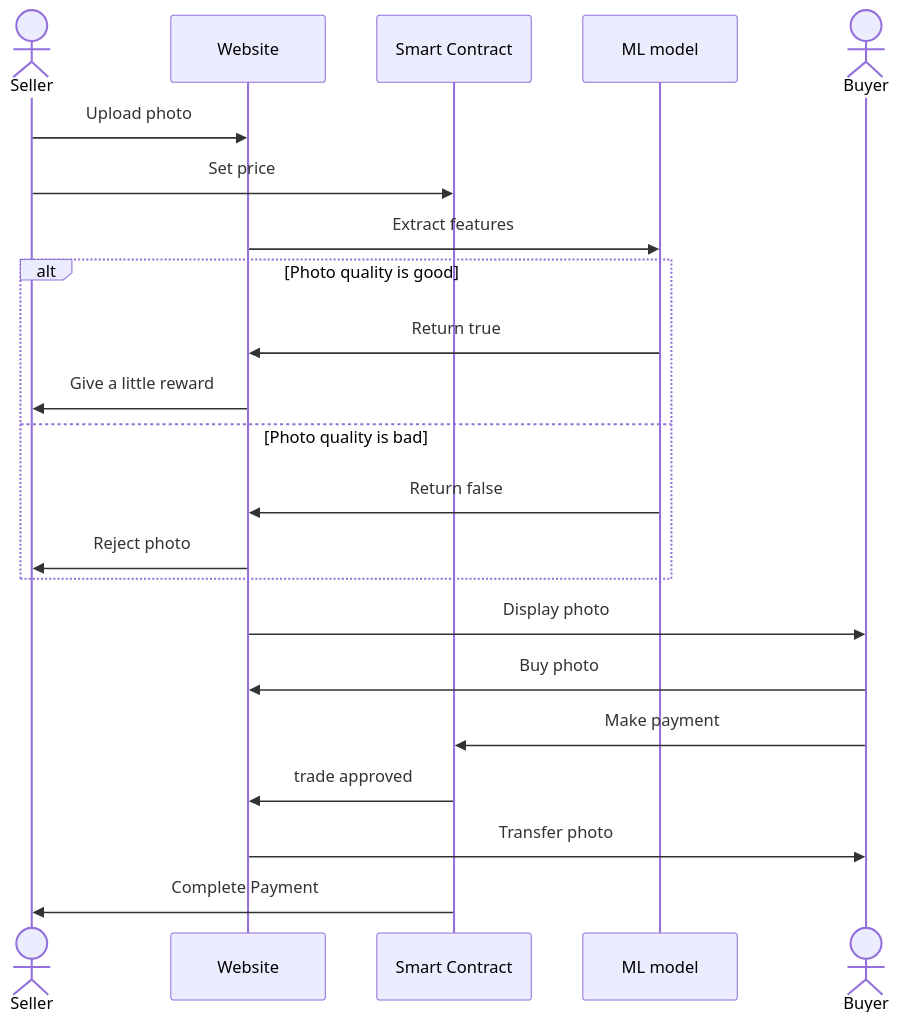
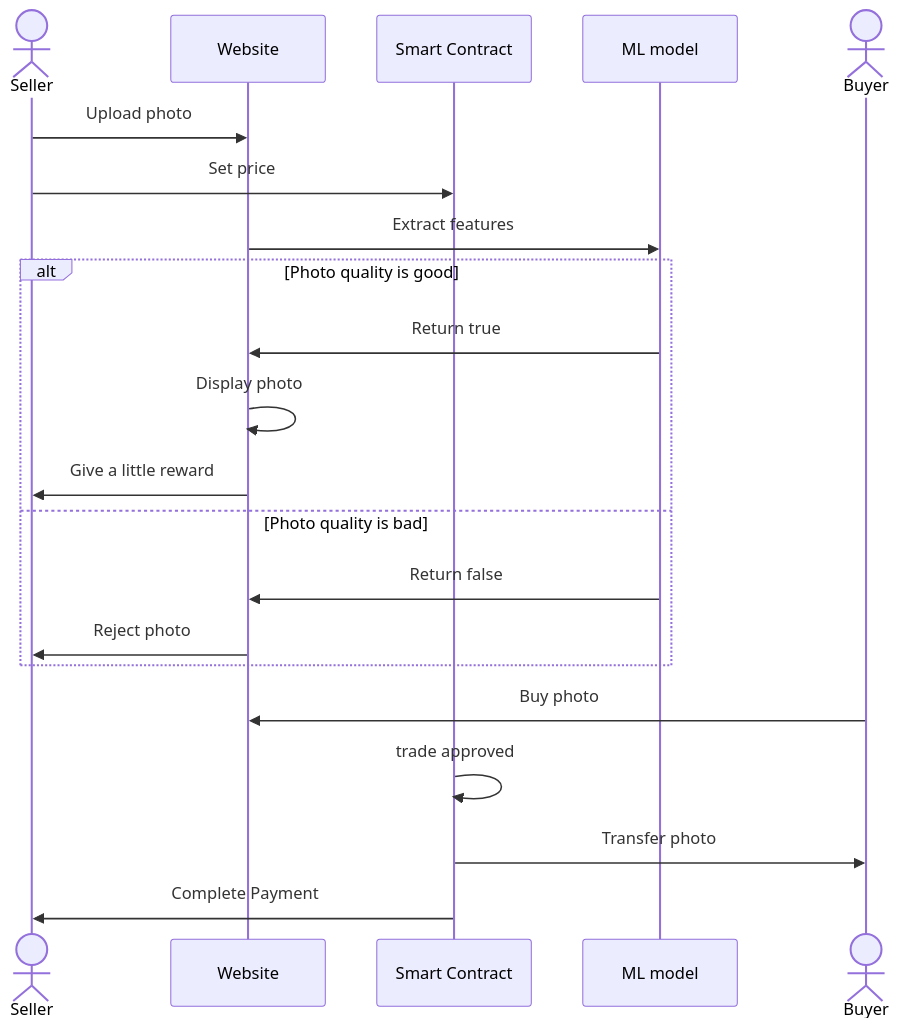
The diagram in README.md (AI-and-Blockchain/S24_The_World), drawn with Mermaid before and after one commit.

Commit message:
Refactor photo approval process

````diff
--- a/README.md
+++ b/README.md
@@ -42,25 +42,24 @@
 ```mermaid
 sequenceDiagram
     actor S as Seller
     participant W as Website
     participant contract as Smart Contract
     participant ML as ML model
     actor B as Buyer
 
     S->>W: Upload photo
     S->>contract: Set price
     W->>ML: Extract features
     alt Photo quality is good
         ML->>W: Return true
+        W->>W: Display photo
         W->>S: Give a little reward
     else Photo quality is bad
         ML->>W: Return false
         W->>S: Reject photo
     end
-    W->>B: Display photo
     B->>W: Buy photo
-    B->>contract: Make payment
-    contract->>W: trade approved
-    W->>B: Transfer photo
+    contract->>contract: trade approved
+    contract->>B: Transfer photo
     contract->>S: Complete Payment
 ```
````
